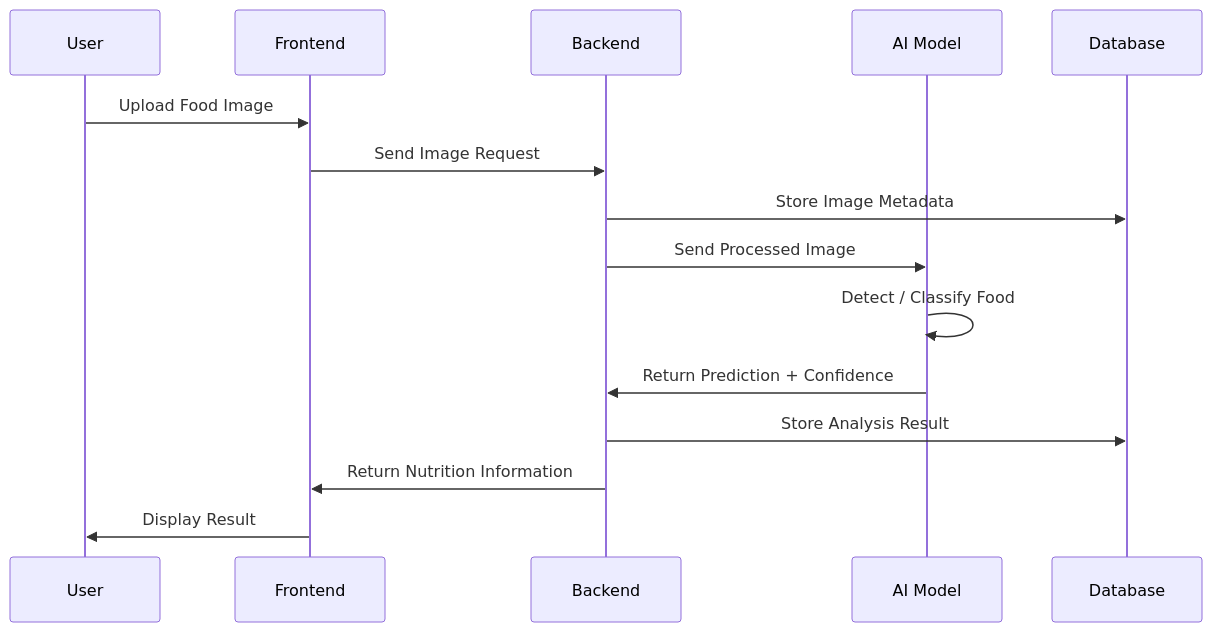
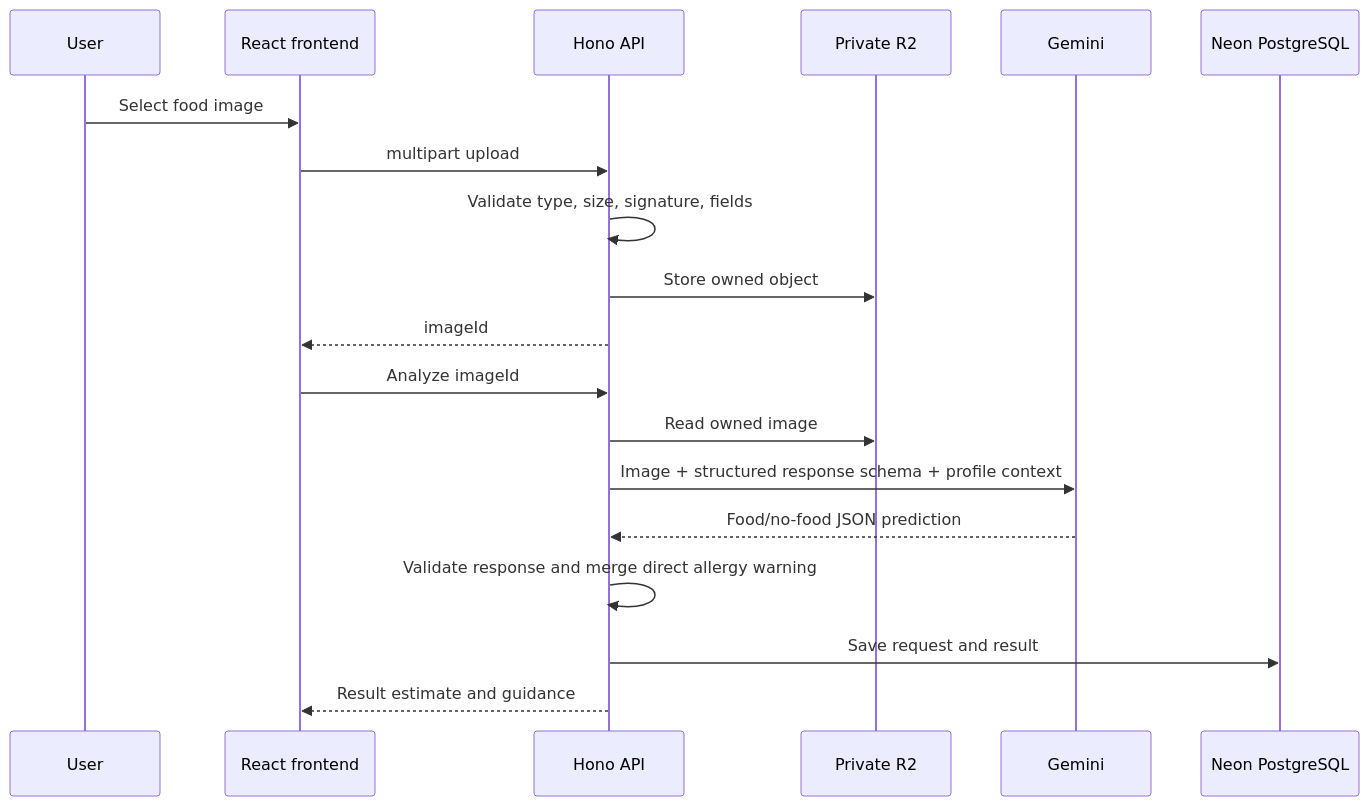
One commit to Tamal-11/cse4104-7a-t03-nutrilens changed the first of 2 diagrams in diagrams/ai_diagrams.md. Above: the diagram before and after it, drawn with Mermaid. The commit also changed other lines of this file and 19 other files, not shown here.

````diff
--- a/diagrams/ai_diagrams.md
+++ b/diagrams/ai_diagrams.md
@@ -133,24 +5,22 @@
 ```mermaid
 sequenceDiagram
     participant User
-    participant Frontend
-    participant Backend
-    participant AI Model
-    participant Database
+    participant UI as React frontend
+    participant API as Hono API
+    participant Store as Private R2
+    participant Gemini
+    participant DB as Neon PostgreSQL
 
-    User->>Frontend: Upload Food Image
-    Frontend->>Backend: Send Image Request
-
-    Backend->>Database: Store Image Metadata
-    Backend->>AI Model: Send Processed Image
-
-    AI Model->>AI Model: Detect / Classify Food
-
-    AI Model->>Backend: Return Prediction + Confidence
-
-    Backend->>Database: Store Analysis Result
-
-    Backend->>Frontend: Return Nutrition Information
-
-    Frontend->>User: Display Result
+    User->>UI: Select food image
+    UI->>API: multipart upload
+    API->>API: Validate type, size, signature, fields
+    API->>Store: Store owned object
+    API-->>UI: imageId
+    UI->>API: Analyze imageId
+    API->>Store: Read owned image
+    API->>Gemini: Image + structured response schema + profile context
+    Gemini-->>API: Food/no-food JSON prediction
+    API->>API: Validate response and merge direct allergy warning
+    API->>DB: Save request and result
+    API-->>UI: Result estimate and guidance
 ```
````
